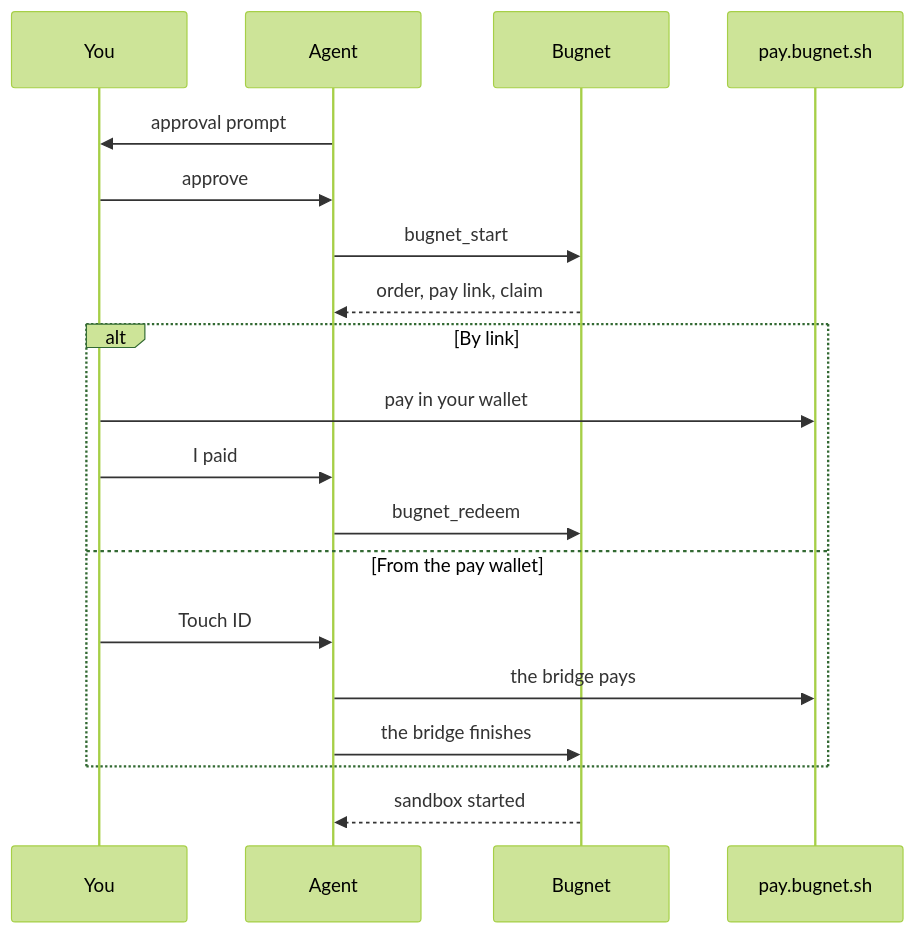
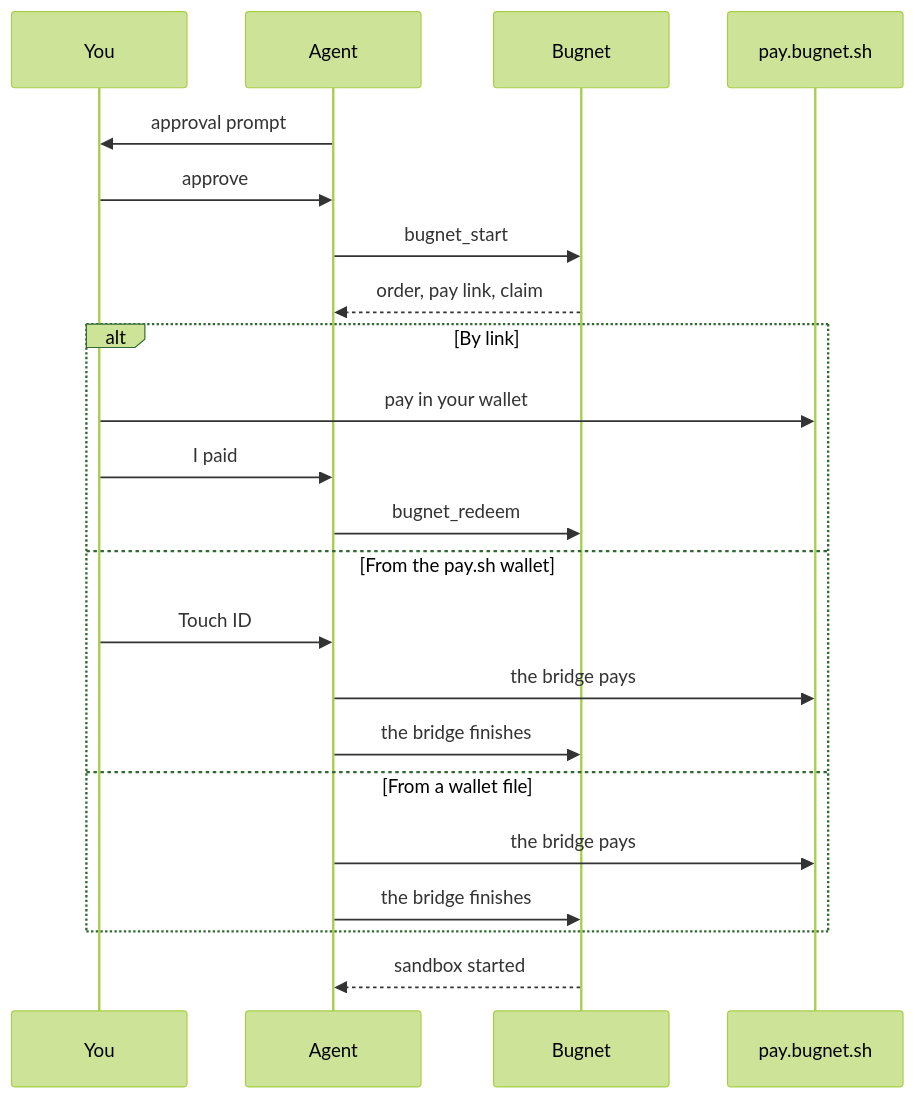
The diagram in packages/site/content/docs/paying.md (bugnet-sh/website), drawn with Mermaid (forest theme) before and after one commit. The commit also changed other lines of this file and 6 other files, not shown here.

First line of the commit message:
docs(site): three ways to pay, the pay.sh wallet by name, real callouts, Install's tabs and Next steps

````diff
--- a/packages/site/content/docs/paying.md
+++ b/packages/site/content/docs/paying.md
@@ -11,21 +11,24 @@
 ```mermaid
 sequenceDiagram
     participant You
     participant Agent
     participant Bugnet
     participant Pay as pay.bugnet.sh
     Agent->>You: approval prompt
     You->>Agent: approve
     Agent->>Bugnet: bugnet_start
     Bugnet-->>Agent: order, pay link, claim
     alt By link
         You->>Pay: pay in your wallet
         You->>Agent: I paid
         Agent->>Bugnet: bugnet_redeem
-    else From the pay wallet
+    else From the pay.sh wallet
         You->>Agent: Touch ID
+        Agent->>Pay: the bridge pays
+        Agent->>Bugnet: the bridge finishes
+    else From a wallet file
         Agent->>Pay: the bridge pays
         Agent->>Bugnet: the bridge finishes
     end
     Bugnet-->>Agent: sandbox started
 ```
````
